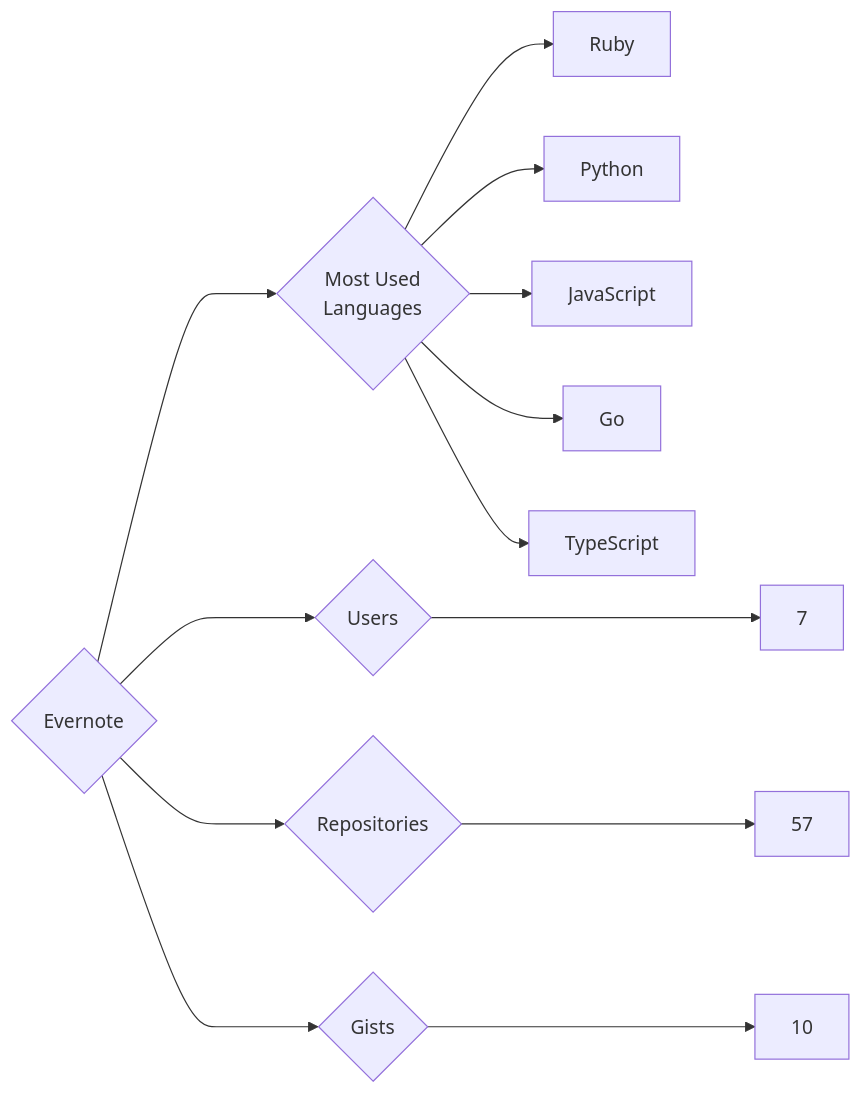
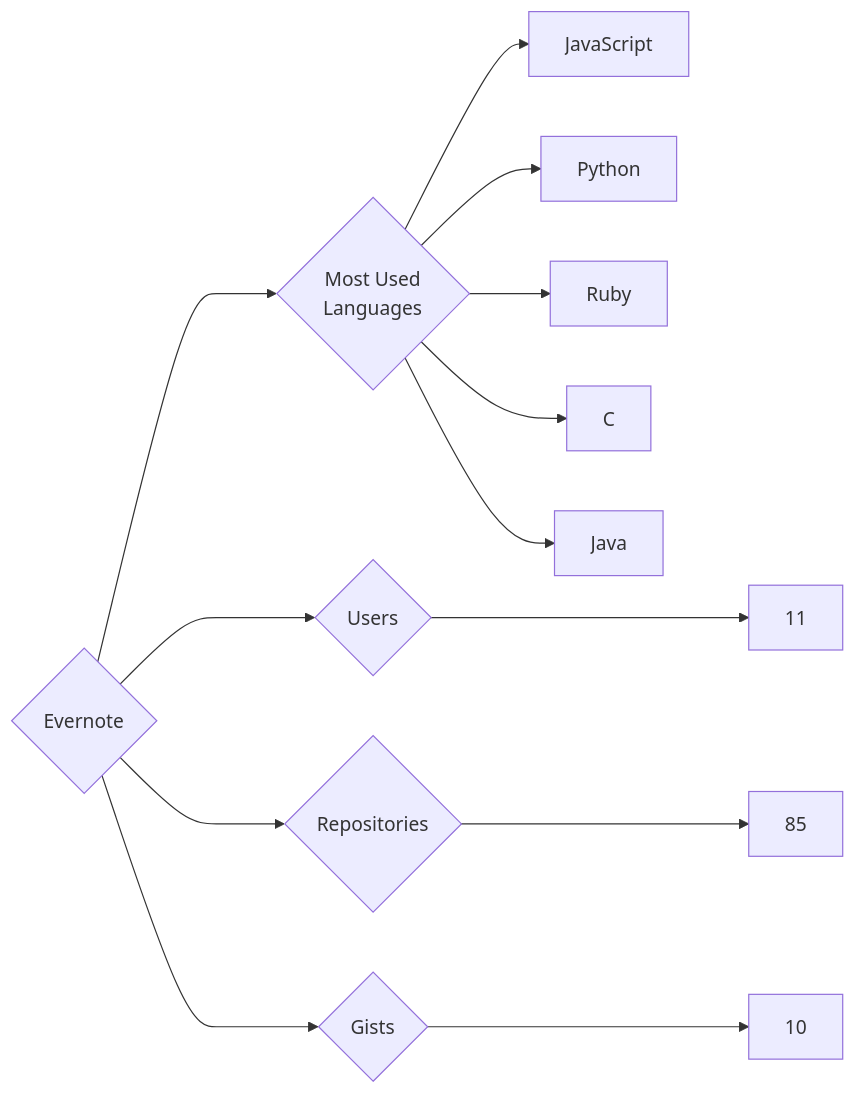
Before and after one commit to trickest/insiders: the diagram in targets/Evernote/README.md, drawn with Mermaid. The commit also changed 988 other files, not shown here.

````diff
--- a/targets/Evernote/README.md
+++ b/targets/Evernote/README.md
@@ -3,13 +3,13 @@
 ```mermaid
 graph LR
 COMPANY_NAME{Evernote}
-COMPANY_NAME ---> U{Users} ---> UN[7]
-COMPANY_NAME ---> R{Repositories} ---> RN[57]
+COMPANY_NAME ---> U{Users} ---> UN[11]
+COMPANY_NAME ---> R{Repositories} ---> RN[85]
 COMPANY_NAME ---> G{Gists} ---> GN[10]
 COMPANY_NAME ---> ML{Most Used<br>Languages}
+ML --> JavaScript[JavaScript]
+ML --> Python[Python]
 ML --> Ruby[Ruby]
-ML --> Python[Python]
-ML --> JavaScript[JavaScript]
-ML --> Go[Go]
-ML --> TypeScript[TypeScript]
+ML --> C[C]
+ML --> Java[Java]
 ```
````
